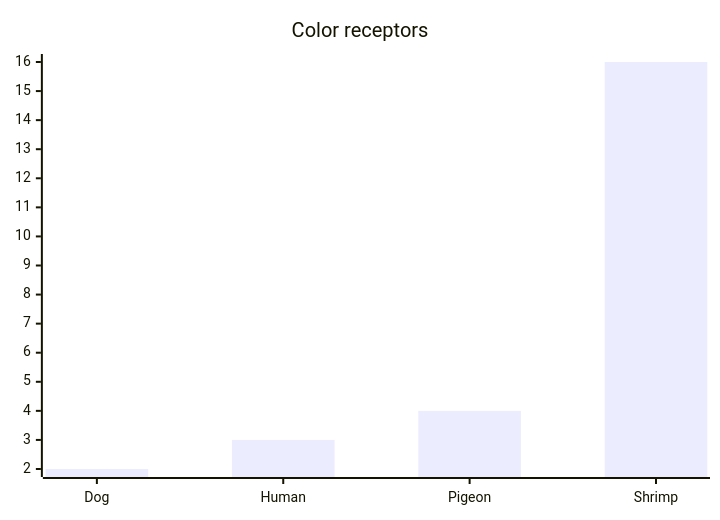
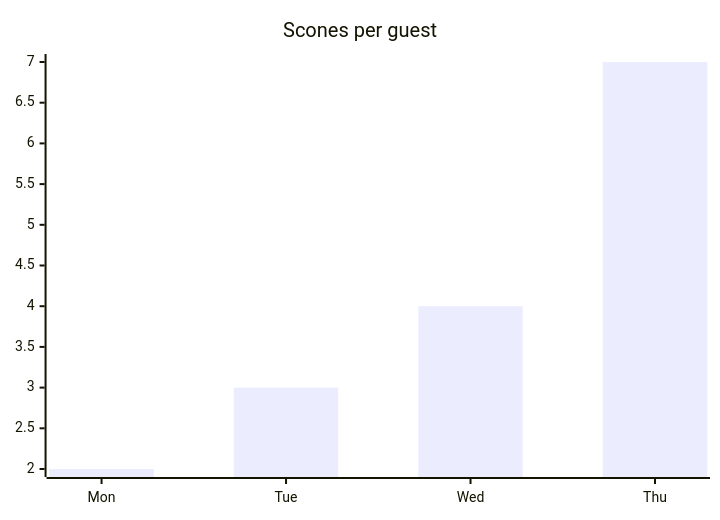
Before and after one commit to DimitrisMilonopoulos/monocle: the third of 4 diagrams in docs/demo.md, drawn with Mermaid. The commit also changed other lines of this file and 66 other files, not shown here.

````diff
--- a/docs/demo.md
+++ b/docs/demo.md
@@ -32,6 +32,6 @@
 ```mermaid
 xychart-beta
-  title "Color receptors"
-  x-axis [Dog, Human, Pigeon, Shrimp]
-  bar [2, 3, 4, 16]
+  title "Scones per guest"
+  x-axis [Mon, Tue, Wed, Thu]
+  bar [2, 3, 4, 7]
 ```
````
